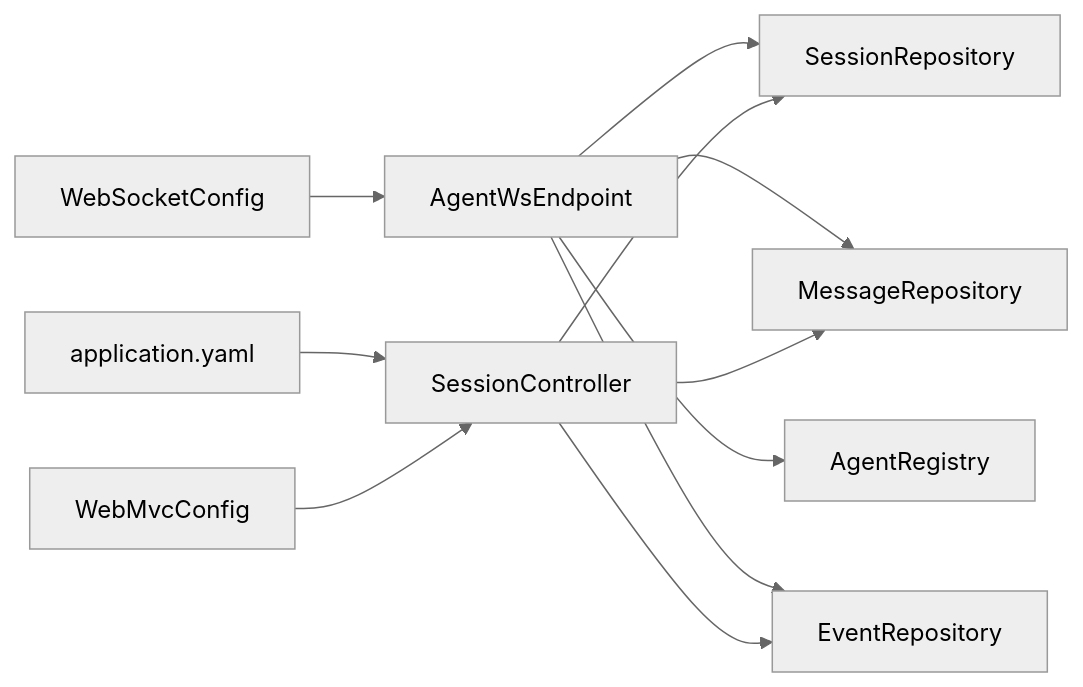
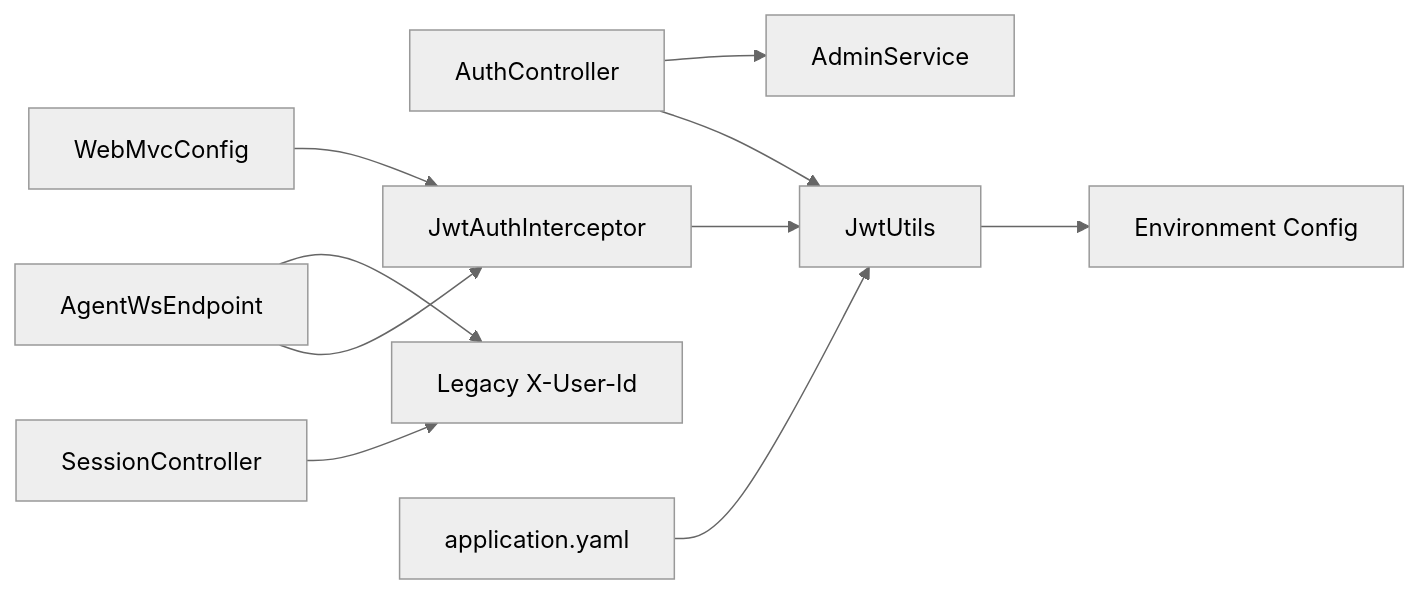
Before and after one commit to alibaba/tron-one-agent: the eighth of 8 diagrams in .qoder/repowiki/en/content/API Reference/Authentication and Authorization.md, drawn with Mermaid (neutral theme). The commit also changed other lines of this file and 13 other files, not shown here.

````diff
--- a/.qoder/repowiki/en/content/API Reference/Authentication and Authorization.md
+++ b/.qoder/repowiki/en/content/API Reference/Authentication and Authorization.md
@@ -289,13 +338,12 @@
 ```mermaid
 graph LR
-SC["SessionController"] --> SR["SessionRepository"]
-SC --> MR["MessageRepository"]
-SC --> ER["EventRepository"]
-WSE["AgentWsEndpoint"] --> AR["AgentRegistry"]
-WSE --> SR
-WSE --> MR
-WSE --> ER
-WSC["WebSocketConfig"] --> WSE
-WMC["WebMvcConfig"] --> SC
-CFG["application.yaml"] --> SC
+AC["AuthController"] --> AS["AdminService"]
+AC --> JWU["JwtUtils"]
+JAI["JwtAuthInterceptor"] --> JWU
+JWU --> ENV["Environment Config"]
+SC["SessionController"] --> Legacy["Legacy X-User-Id"]
+WSE["AgentWsEndpoint"] --> Legacy
+WSE --> JAI
+WMC["WebMvcConfig"] --> JAI
+CFG["application.yaml"] --> JWU
 ```
````
